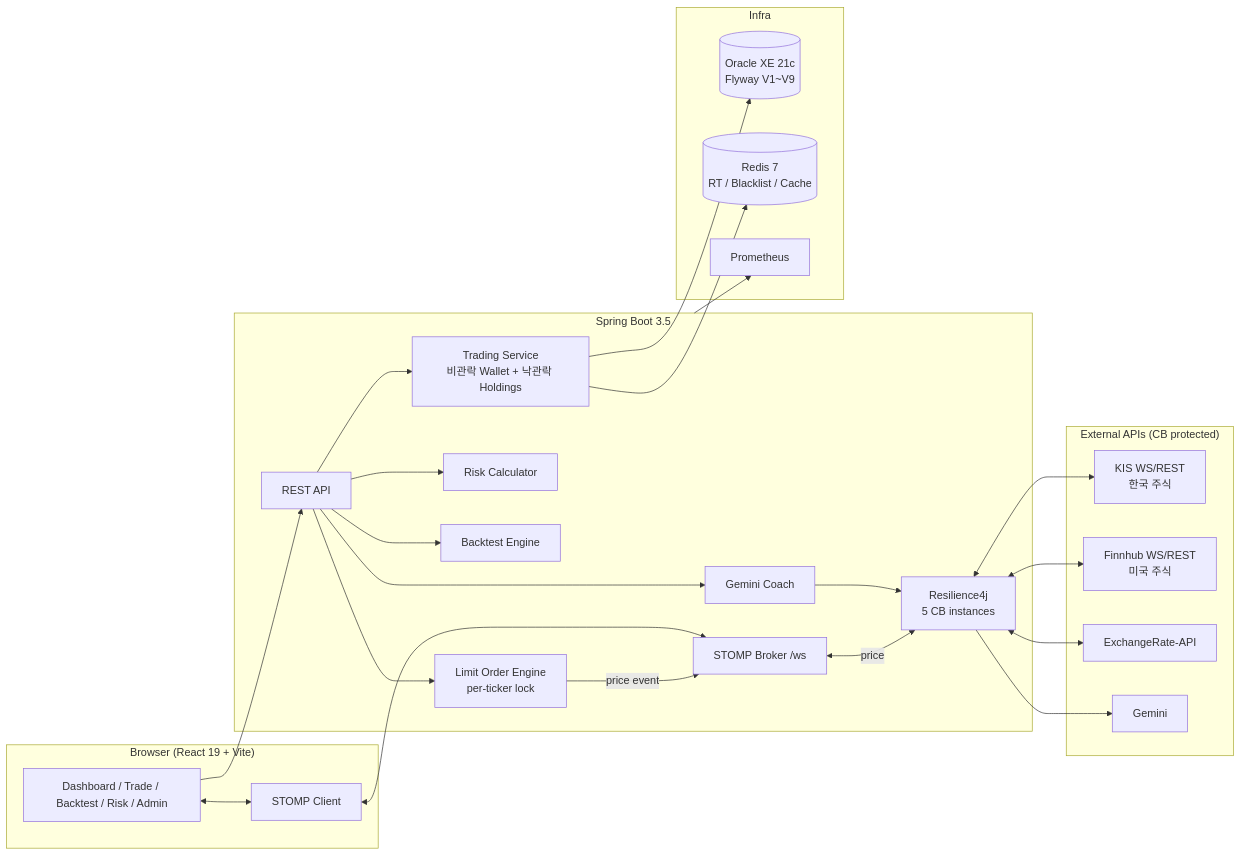
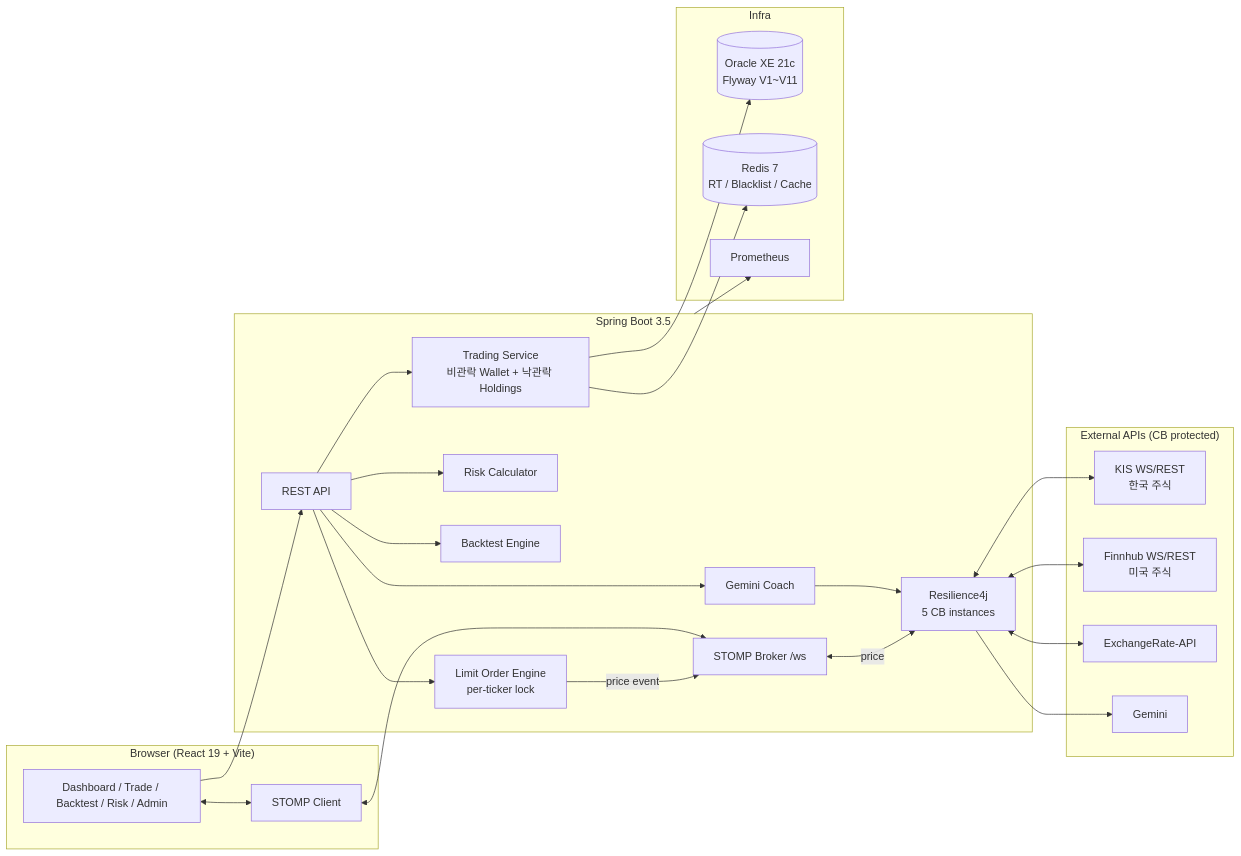
One commit to dinf7605/mockvibe changed the first of 5 diagrams in README.md. Above: the diagram before and after it, drawn with Mermaid. The commit also changed other lines of this file, not shown here.

````diff
--- a/README.md
+++ b/README.md
@@ -56,42 +56,42 @@
 ```mermaid
 flowchart LR
     subgraph Client["Browser (React 19 + Vite)"]
         UI[Dashboard / Trade / Backtest / Risk / Admin]
         STOMPCli[STOMP Client]
     end
 
     subgraph Backend["Spring Boot 3.5"]
         REST[REST API]
         WS[STOMP Broker /ws]
         Trading[Trading Service<br/>비관락 Wallet + 낙관락 Holdings]
         Limit[Limit Order Engine<br/>per-ticker lock]
         Risk[Risk Calculator]
         BT[Backtest Engine]
         AI[Gemini Coach]
         CB[Resilience4j<br/>5 CB instances]
     end
 
     subgraph External["External APIs (CB protected)"]
         KIS[KIS WS/REST<br/>한국 주식]
         FH[Finnhub WS/REST<br/>미국 주식]
         FX[ExchangeRate-API]
         Gem[Gemini]
     end
 
     subgraph Infra["Infra"]
-        Oracle[(Oracle XE 21c<br/>Flyway V1~V9)]
+        Oracle[(Oracle XE 21c<br/>Flyway V1~V11)]
         Redis[(Redis 7<br/>RT / Blacklist / Cache)]
         Prom[Prometheus]
     end
 
     UI --> REST
     UI <--> STOMPCli
     STOMPCli <--> WS
     REST --> Trading & Limit & Risk & BT & AI
     Trading --> Oracle & Redis
     Limit -- price event --> WS
     AI --> CB --> Gem
     WS <-- price --> CB
     CB <--> KIS & FH & FX
     Backend --> Prom
 ```
````
